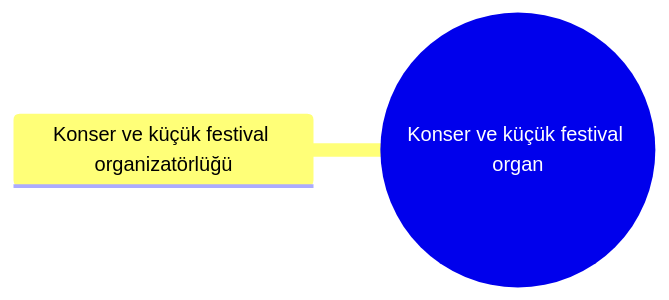
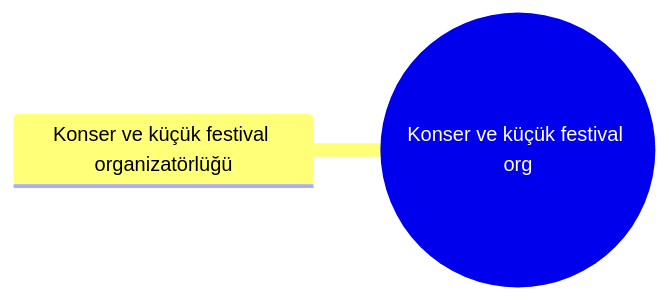
Before and after one commit to sametkarabulut-dev/xfuturepos-v2: the diagram in 02 İşletmeler/16 Etkinlik & Organizasyon/Konser ve küçük festival organizatörlüğü/Dal – Konser ve küçük festival organizatörlüğü.md, drawn with Mermaid. The commit also changed other lines of this file and 241 other files, not shown here.

````diff
--- a/02 İşletmeler/16 Etkinlik & Organizasyon/Konser ve küçük festival organizatörlüğü/Dal – Konser ve küçük festival organizatörlüğü.md
+++ b/02 İşletmeler/16 Etkinlik & Organizasyon/Konser ve küçük festival organizatörlüğü/Dal – Konser ve küçük festival organizatörlüğü.md
@@ -22,5 +22,5 @@
 ```mermaid
 mindmap
-  root((Konser ve küçük festival organ))
+  root((Konser ve küçük festival org))
     Konser ve küçük festival organizatörlüğü
 ```
````
